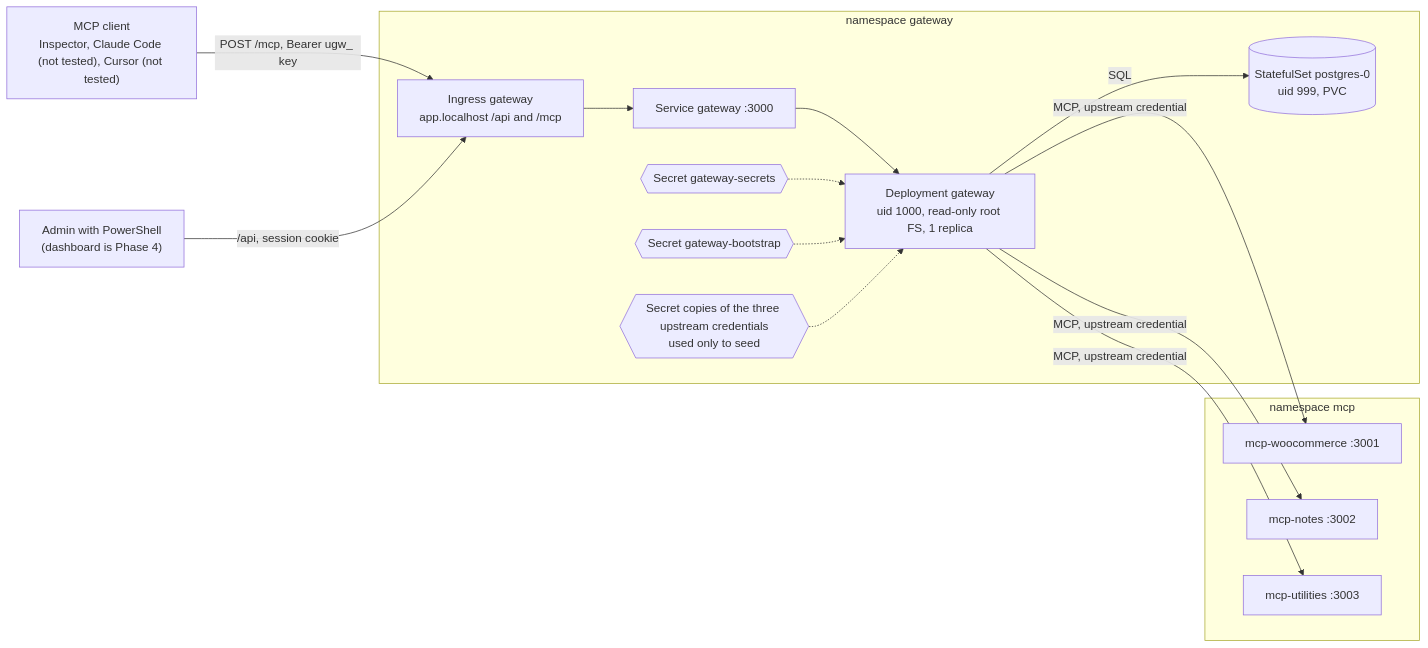
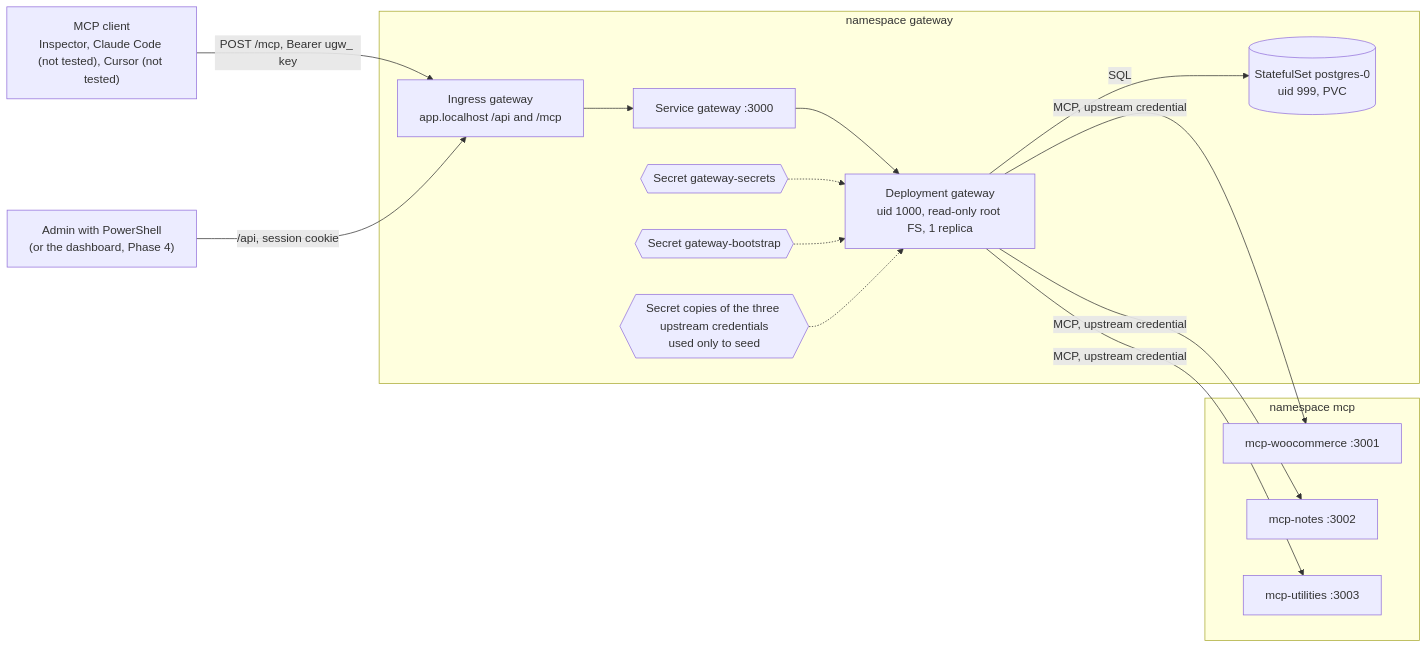
The fourth of 5 diagrams in docs/architecture.md (tushar66sharma/MCP-Gateway-on-Kubernetes), drawn with Mermaid before and after one commit. The commit also changed other lines of this file and 3 other files, not shown here.

Commit message:
docs: describe the dashboard and chat agent in architecture, system design, security and error handling

````diff
--- a/docs/architecture.md
+++ b/docs/architecture.md
@@ -179,29 +181,29 @@
 ```mermaid
 flowchart LR
   CL["MCP client<br/>Inspector, Claude Code (not tested), Cursor (not tested)"]
-  PS["Admin with PowerShell<br/>(dashboard is Phase 4)"]
+  PS["Admin with PowerShell<br/>(or the dashboard, Phase 4)"]
   subgraph ns_gw["namespace gateway"]
     ING["Ingress gateway<br/>app.localhost /api and /mcp"]
     SVC_GW["Service gateway :3000"]
     GW["Deployment gateway<br/>uid 1000, read-only root FS, 1 replica"]
     PG[("StatefulSet postgres-0<br/>uid 999, PVC")]
     S1{{Secret gateway-secrets}}
     S2{{Secret gateway-bootstrap}}
     S3{{Secret copies of the three upstream credentials<br/>used only to seed}}
   end
   subgraph ns_mcp3["namespace mcp"]
     WOO["mcp-woocommerce :3001"]
     NOTES["mcp-notes :3002"]
     UT["mcp-utilities :3003"]
   end
   CL -- "POST /mcp, Bearer ugw_ key" --> ING
   PS -- "/api, session cookie" --> ING
   ING --> SVC_GW --> GW
   GW -- "SQL" --> PG
   S1 -.-> GW
   S2 -.-> GW
   S3 -.-> GW
   GW -- "MCP, upstream credential" --> WOO
   GW -- "MCP, upstream credential" --> NOTES
   GW -- "MCP, upstream credential" --> UT
 ```
````
